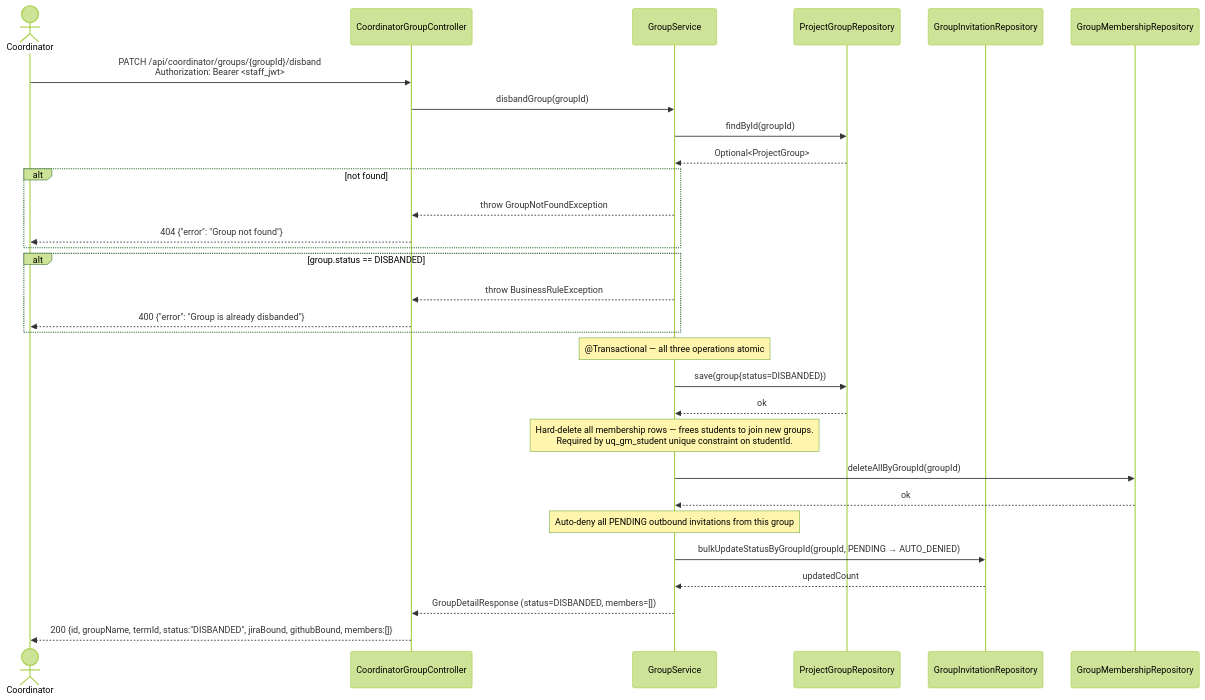
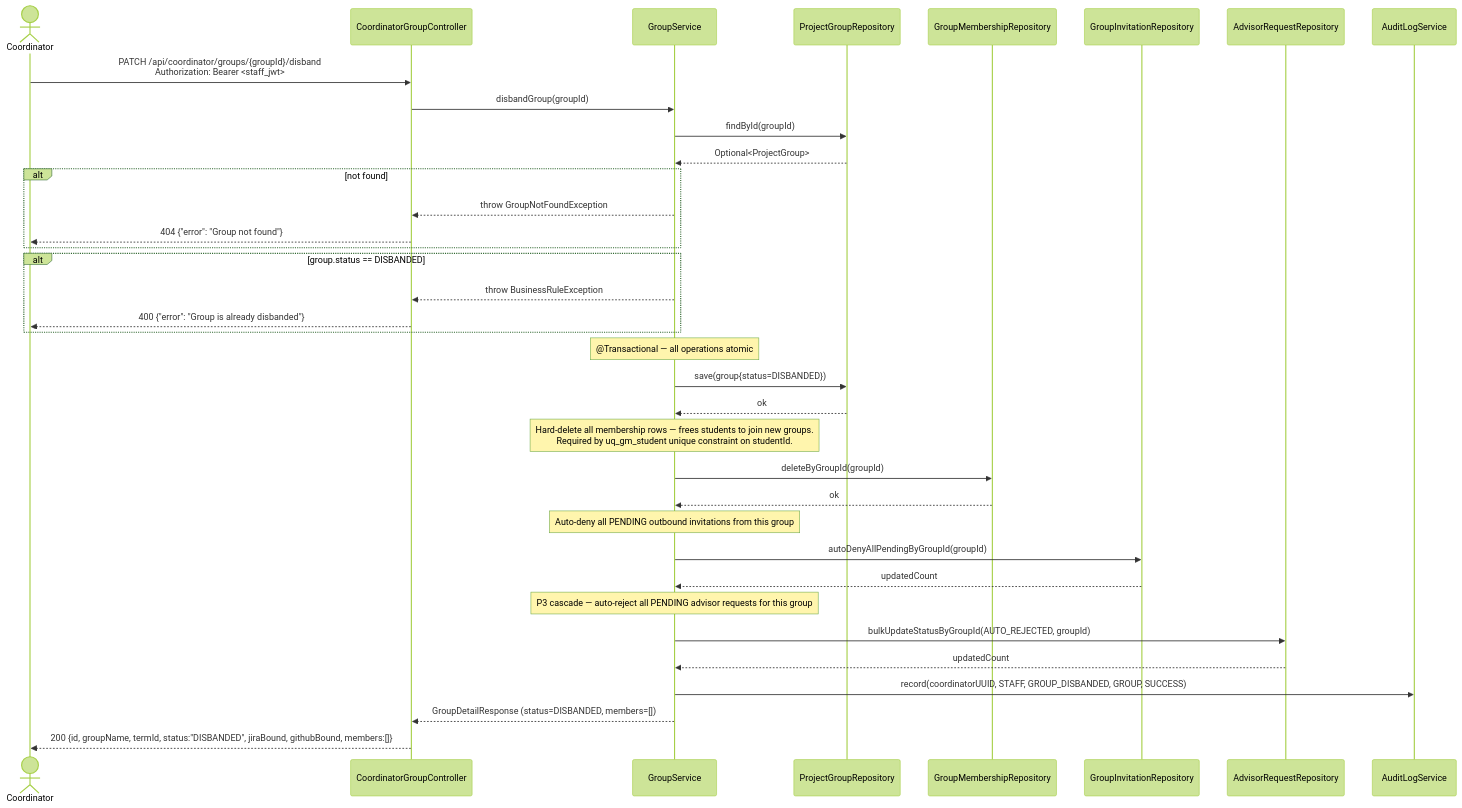
Before and after one commit to SE3318-Spring-2025-2026/senior-app-6: the fourth of 4 diagrams in docs/process2/sequences/2.6_coordinator_override_p2.md, drawn with Mermaid (forest theme). The commit also changed other lines of this file and 13 other files, not shown here.

````diff
--- a/docs/process2/sequences/2.6_coordinator_override_p2.md
+++ b/docs/process2/sequences/2.6_coordinator_override_p2.md
@@ -172,40 +180,49 @@
 ```mermaid
 sequenceDiagram
     actor Coordinator
     participant CoordinatorGroupController
     participant GroupService
     participant ProjectGroupRepository
+    participant GroupMembershipRepository
     participant GroupInvitationRepository
+    participant AdvisorRequestRepository
+    participant AuditLogService
 
     Coordinator->>CoordinatorGroupController: PATCH /api/coordinator/groups/{groupId}/disband<br/>Authorization: Bearer <staff_jwt>
 
     CoordinatorGroupController->>GroupService: disbandGroup(groupId)
 
     GroupService->>ProjectGroupRepository: findById(groupId)
     ProjectGroupRepository-->>GroupService: Optional<ProjectGroup>
 
     alt not found
         GroupService-->>CoordinatorGroupController: throw GroupNotFoundException
         CoordinatorGroupController-->>Coordinator: 404 {"error": "Group not found"}
     end
 
     alt group.status == DISBANDED
         GroupService-->>CoordinatorGroupController: throw BusinessRuleException
         CoordinatorGroupController-->>Coordinator: 400 {"error": "Group is already disbanded"}
     end
 
-    Note over GroupService: @Transactional — all three operations atomic
+    Note over GroupService: @Transactional — all operations atomic
     GroupService->>ProjectGroupRepository: save(group{status=DISBANDED})
     ProjectGroupRepository-->>GroupService: ok
 
     Note over GroupService: Hard-delete all membership rows — frees students to join new groups.<br/>Required by uq_gm_student unique constraint on studentId.
-    GroupService->>GroupMembershipRepository: deleteAllByGroupId(groupId)
+    GroupService->>GroupMembershipRepository: deleteByGroupId(groupId)
     GroupMembershipRepository-->>GroupService: ok
 
     Note over GroupService: Auto-deny all PENDING outbound invitations from this group
-    GroupService->>GroupInvitationRepository: bulkUpdateStatusByGroupId(groupId, PENDING → AUTO_DENIED)
+    GroupService->>GroupInvitationRepository: autoDenyAllPendingByGroupId(groupId)
     GroupInvitationRepository-->>GroupService: updatedCount
+
+    Note over GroupService: P3 cascade — auto-reject all PENDING advisor requests for this group
+    GroupService->>AdvisorRequestRepository: bulkUpdateStatusByGroupId(AUTO_REJECTED, groupId)
+    AdvisorRequestRepository-->>GroupService: updatedCount
+
+    GroupService->>AuditLogService: record(coordinatorUUID, STAFF, GROUP_DISBANDED, GROUP, SUCCESS)
 
     GroupService-->>CoordinatorGroupController: GroupDetailResponse (status=DISBANDED, members=[])
     CoordinatorGroupController-->>Coordinator: 200 {id, groupName, termId, status:"DISBANDED", jiraBound, githubBound, members:[]}
 ```
````
